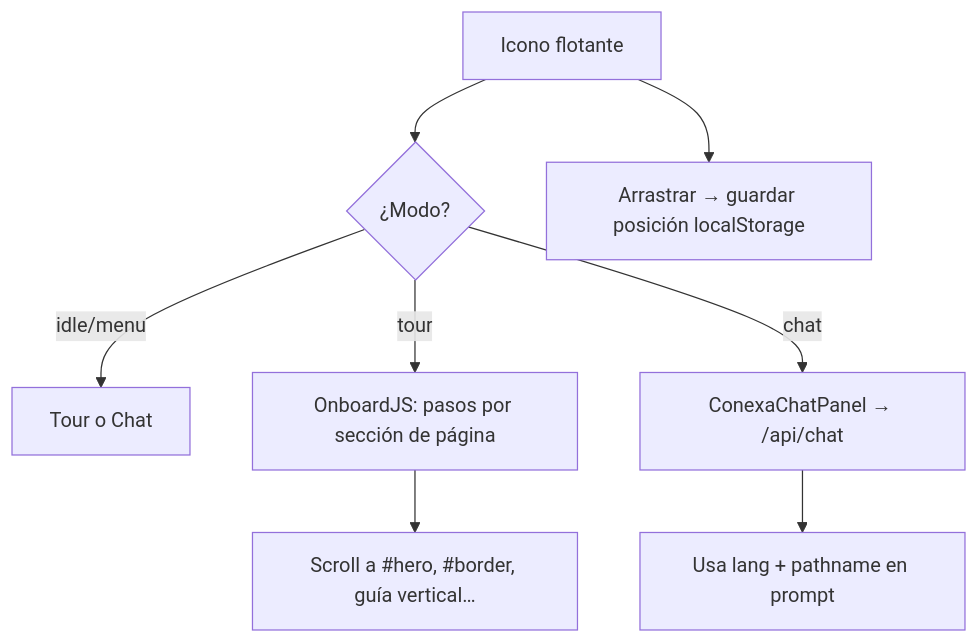
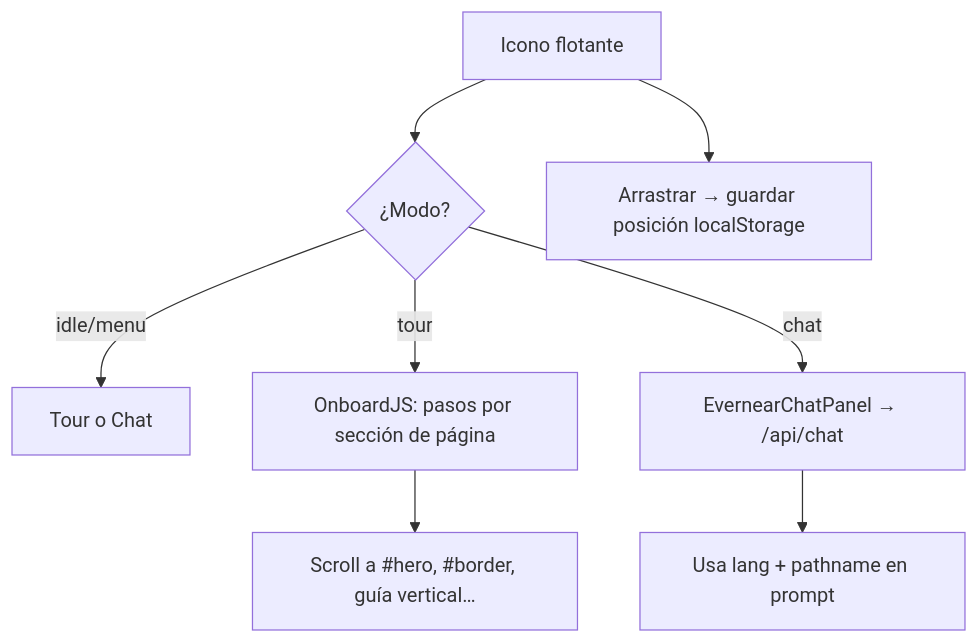
One commit to evernear-ig/evernear-site changed diagram 28 of 28 in docs/mapas-decision-rutas.md. Above: the diagram before and after it, drawn with Mermaid. The commit also changed other lines of this file and 264 other files, not shown here.

First line of the commit message:
Rebrand codebase from Trinexus/CONEXA to Evernear.

````diff
--- a/docs/mapas-decision-rutas.md
+++ b/docs/mapas-decision-rutas.md
@@ -481,10 +481,10 @@
 ```mermaid
 flowchart TD
   Dock["Icono flotante"] --> Mode{¿Modo?}
   Mode -->|idle/menu| Menu["Tour o Chat"]
   Mode -->|tour| Steps["OnboardJS: pasos por sección de página"]
-  Mode -->|chat| Chat["ConexaChatPanel → /api/chat"]
+  Mode -->|chat| Chat["EvernearChatPanel → /api/chat"]
   Steps --> Anchor["Scroll a #hero, #border, guía vertical…"]
   Chat --> Lang["Usa lang + pathname en prompt"]
   Dock --> Drag["Arrastrar → guardar posición localStorage"]
 ```
````
